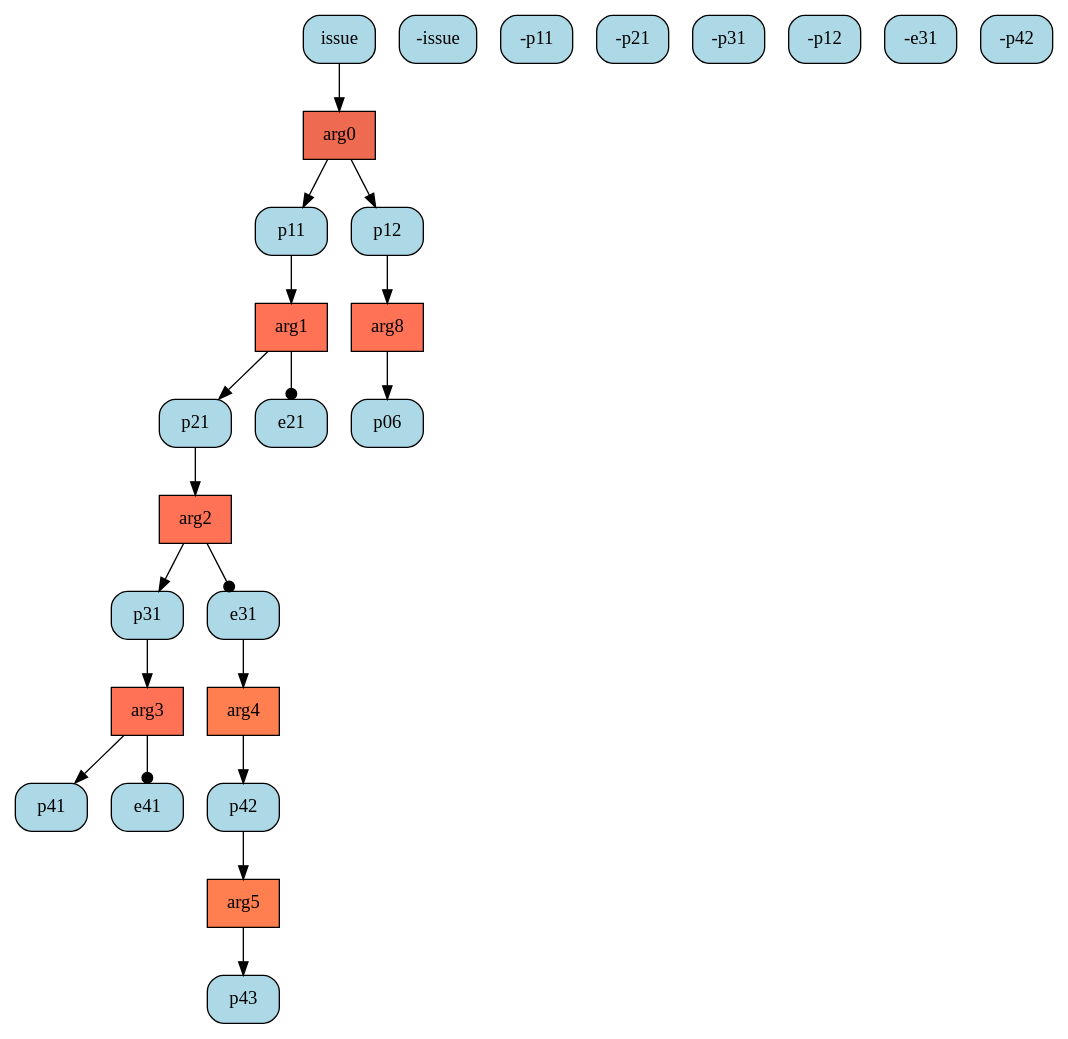
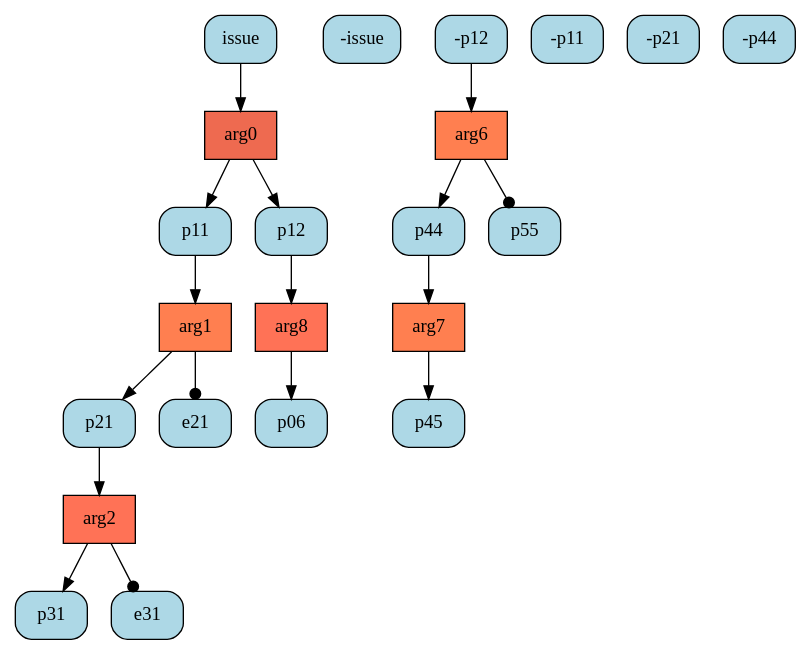
Before and after one commit to goweiting/carneades-ext: the diagram in system/dot/deep1vs1/1_1-2.dot, drawn with Graphviz. The commit also changed 62 other files, not shown here.

```diff
--- a/system/dot/deep1vs1/1_1-2.dot
+++ b/system/dot/deep1vs1/1_1-2.dot
@@ -1,46 +1,40 @@
 digraph G{ 
 "arg0" [color="black", fillcolor="coral2",fixedsize=false, shape=box, style="filled"]; 
 "issue" [color="black", fillcolor="lightblue", fixedsize=false,  shape="box", style="rounded,filled"]; 
 "-issue" [color="black", fillcolor="lightblue", fixedsize=false,  shape="box", style="rounded,filled"]; 
 "p11" [color="black", fillcolor="lightblue", fixedsize=false,  shape="box", style="rounded,filled"]; 
 "p12" [color="black", fillcolor="lightblue", fixedsize=false,  shape="box", style="rounded,filled"]; 
-"arg1" [color="black", fillcolor="coral1",fixedsize=false, shape=box, style="filled"]; 
+"arg8" [color="black", fillcolor="coral1",fixedsize=false, shape=box, style="filled"]; 
+"-p12" [color="black", fillcolor="lightblue", fixedsize=false,  shape="box", style="rounded,filled"]; 
+"p06" [color="black", fillcolor="lightblue", fixedsize=false,  shape="box", style="rounded,filled"]; 
+"arg1" [color="black", fillcolor="coral",fixedsize=false, shape=box, style="filled"]; 
 "-p11" [color="black", fillcolor="lightblue", fixedsize=false,  shape="box", style="rounded,filled"]; 
 "p21" [color="black", fillcolor="lightblue", fixedsize=false,  shape="box", style="rounded,filled"]; 
 "e21" [color="black", fillcolor="lightblue", fixedsize=false,  shape="box", style="rounded,filled"]; 
 "arg2" [color="black", fillcolor="coral1",fixedsize=false, shape=box, style="filled"]; 
 "-p21" [color="black", fillcolor="lightblue", fixedsize=false,  shape="box", style="rounded,filled"]; 
 "p31" [color="black", fillcolor="lightblue", fixedsize=false,  shape="box", style="rounded,filled"]; 
 "e31" [color="black", fillcolor="lightblue", fixedsize=false,  shape="box", style="rounded,filled"]; 
-"arg3" [color="black", fillcolor="coral1",fixedsize=false, shape=box, style="filled"]; 
-"-p31" [color="black", fillcolor="lightblue", fixedsize=false,  shape="box", style="rounded,filled"]; 
-"p41" [color="black", fillcolor="lightblue", fixedsize=false,  shape="box", style="rounded,filled"]; 
-"e41" [color="black", fillcolor="lightblue", fixedsize=false,  shape="box", style="rounded,filled"]; 
-"arg8" [color="black", fillcolor="coral1",fixedsize=false, shape=box, style="filled"]; 
-"-p12" [color="black", fillcolor="lightblue", fixedsize=false,  shape="box", style="rounded,filled"]; 
-"p06" [color="black", fillcolor="lightblue", fixedsize=false,  shape="box", style="rounded,filled"]; 
-"arg4" [color="black", fillcolor="coral",fixedsize=false, shape=box, style="filled"]; 
-"-e31" [color="black", fillcolor="lightblue", fixedsize=false,  shape="box", style="rounded,filled"]; 
-"p42" [color="black", fillcolor="lightblue", fixedsize=false,  shape="box", style="rounded,filled"]; 
-"arg5" [color="black", fillcolor="coral",fixedsize=false, shape=box, style="filled"]; 
-"-p42" [color="black", fillcolor="lightblue", fixedsize=false,  shape="box", style="rounded,filled"]; 
-"p43" [color="black", fillcolor="lightblue", fixedsize=false,  shape="box", style="rounded,filled"]; 
+"arg6" [color="black", fillcolor="coral",fixedsize=false, shape=box, style="filled"]; 
+"p44" [color="black", fillcolor="lightblue", fixedsize=false,  shape="box", style="rounded,filled"]; 
+"p55" [color="black", fillcolor="lightblue", fixedsize=false,  shape="box", style="rounded,filled"]; 
+"arg7" [color="black", fillcolor="coral",fixedsize=false, shape=box, style="filled"]; 
+"-p44" [color="black", fillcolor="lightblue", fixedsize=false,  shape="box", style="rounded,filled"]; 
+"p45" [color="black", fillcolor="lightblue", fixedsize=false,  shape="box", style="rounded,filled"]; 
 "issue" -> "arg0" ; 
 "arg0" -> "p11" ; 
 "arg0" -> "p12" ; 
+"p12" -> "arg8" ; 
+"arg8" -> "p06" ; 
 "p11" -> "arg1" ; 
 "arg1" -> "p21" ; 
 "arg1" -> "e21" [arrowhead=dot] ; 
 "p21" -> "arg2" ; 
 "arg2" -> "p31" ; 
 "arg2" -> "e31" [arrowhead=dot] ; 
-"p31" -> "arg3" ; 
-"arg3" -> "p41" ; 
-"arg3" -> "e41" [arrowhead=dot] ; 
-"p12" -> "arg8" ; 
-"arg8" -> "p06" ; 
-"e31" -> "arg4" ; 
-"arg4" -> "p42" ; 
-"p42" -> "arg5" ; 
-"arg5" -> "p43" ; 
+"-p12" -> "arg6" ; 
+"arg6" -> "p44" ; 
+"arg6" -> "p55" [arrowhead=dot] ; 
+"p44" -> "arg7" ; 
+"arg7" -> "p45" ; 
 }
```
